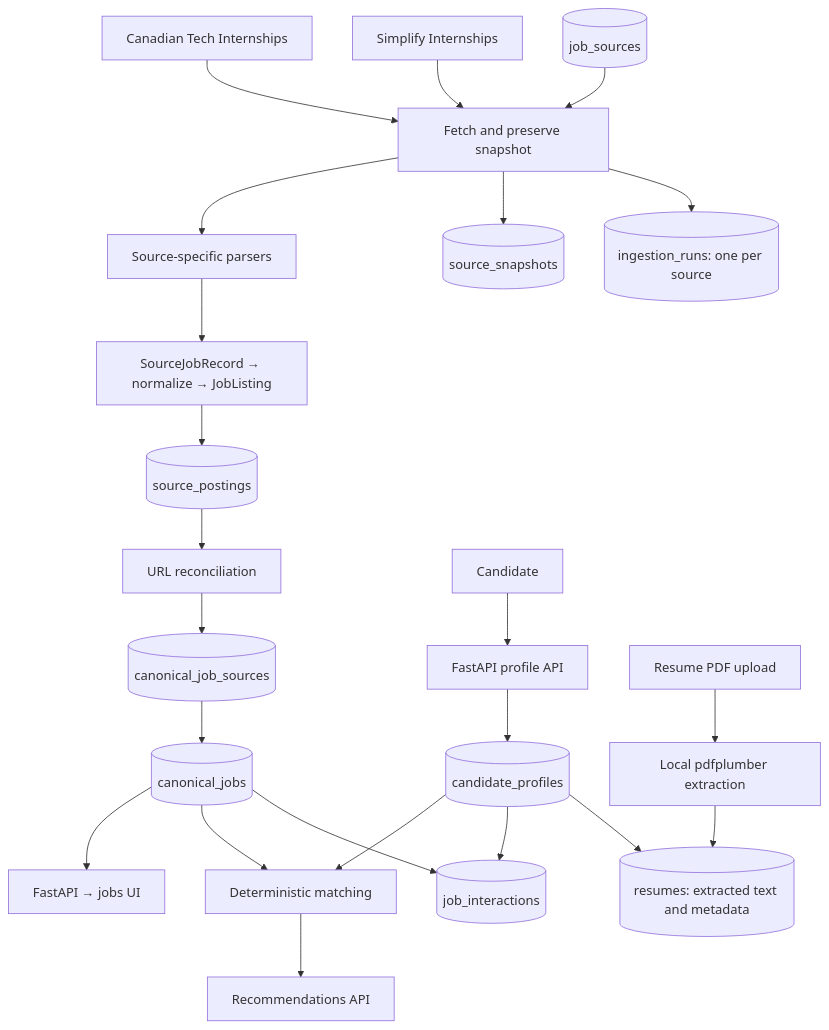
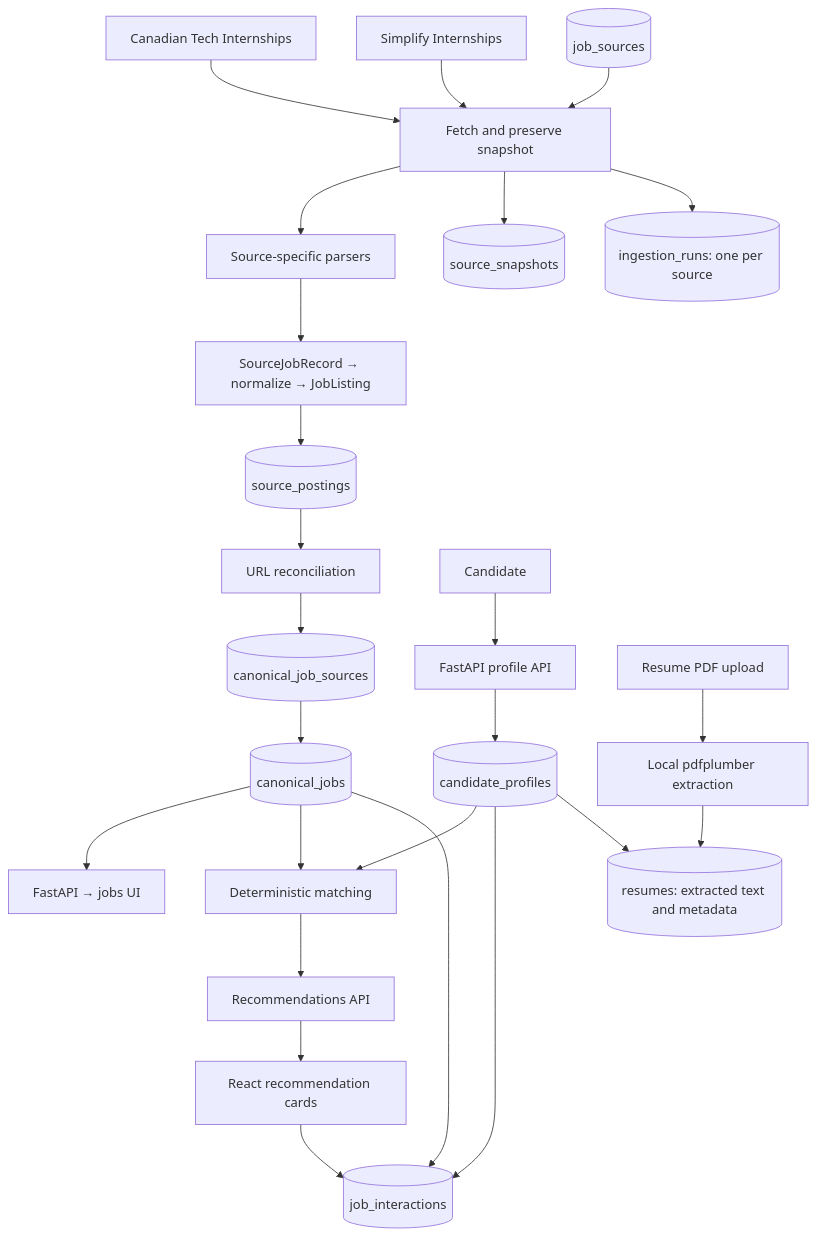
One commit to aymaanalamgir/internshipfeed changed the diagram in README.md. Above: the diagram before and after it, drawn with Mermaid. The commit also changed other lines of this file and 22 other files, not shown here.

````diff
--- a/README.md
+++ b/README.md
@@ -7,25 +7,27 @@
 ```mermaid
 flowchart TD
     A[Canadian Tech Internships] --> F[Fetch and preserve snapshot]
     B[Simplify Internships] --> F
     F --> P[Source-specific parsers]
     P --> N[SourceJobRecord → normalize → JobListing]
     N --> SP[(source_postings)]
     SP --> R[URL reconciliation]
     R --> MAP[(canonical_job_sources)]
     MAP --> C[(canonical_jobs)]
     C --> API[FastAPI → jobs UI]
     F --> SS[(source_snapshots)]
     F --> RUN[(ingestion_runs: one per source)]
     JS[(job_sources)] --> F
     CAND[Candidate] --> PROFILE[FastAPI profile API]
     PROFILE --> CP[(candidate_profiles)]
     CP --> MATCH[Deterministic matching]
     C --> MATCH
     MATCH --> RECS[Recommendations API]
+    RECS --> CARDS[React recommendation cards]
+    CARDS --> E[(job_interactions)]
     CP[(candidate_profiles)] --> E[(job_interactions)]
     C --> E
     CP --> RES[(resumes: extracted text and metadata)]
     PDF[Resume PDF upload] --> EXTRACT[Local pdfplumber extraction]
     EXTRACT --> RES
 ```
````
